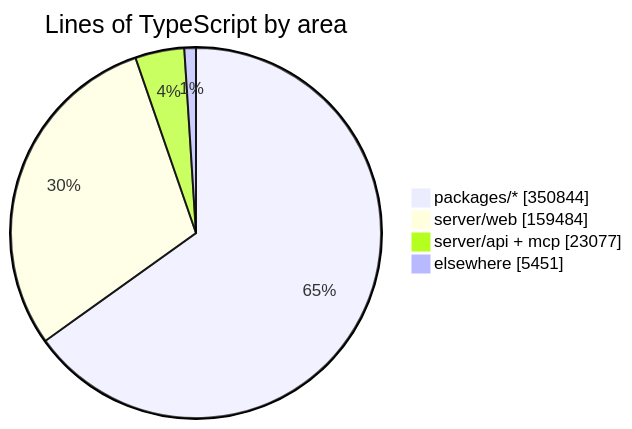
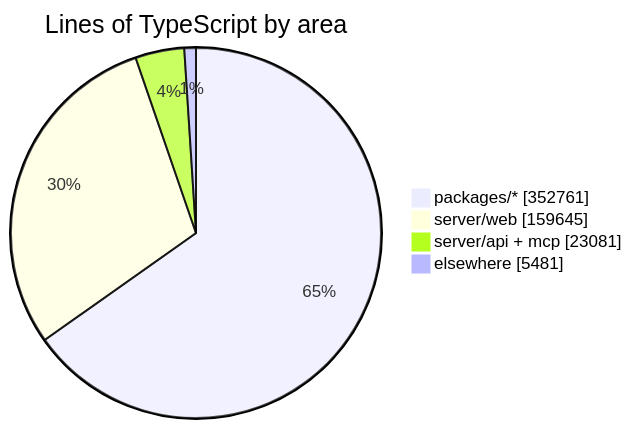
The diagram in README.md (crossworks-engineering/mantle), drawn with Mermaid before and after one commit. The commit also changed other lines of this file and 2 other files, not shown here.

````diff
--- a/README.md
+++ b/README.md
@@ -294,7 +294,7 @@
 ```mermaid
 pie showData title Lines of TypeScript by area
-    "packages/*" : 350844
-    "server/web" : 159484
-    "server/api + mcp" : 23077
-    "elsewhere" : 5451
+    "packages/*" : 352761
+    "server/web" : 159645
+    "server/api + mcp" : 23081
+    "elsewhere" : 5481
 ```
````
